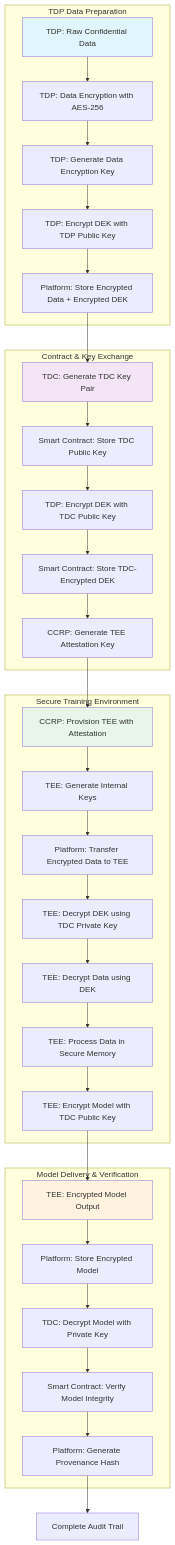
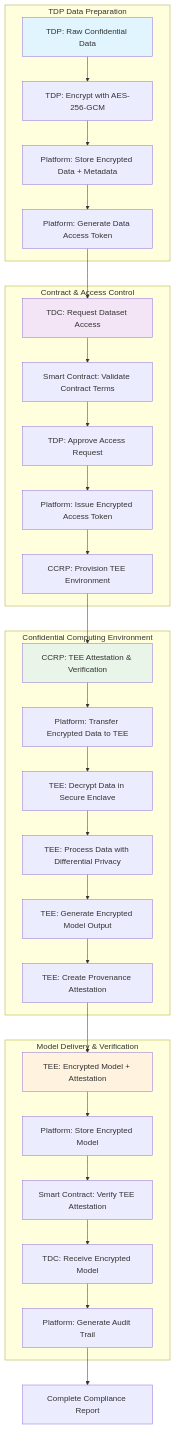
The second of 2 diagrams in PRODUCT_PITCH_DECK.md (gitmujoshi/Confidential-AI-Network), drawn with Mermaid before and after one commit. The commit also changed other lines of this file, not shown here.

Commit message:
Fix encryption workflow to align with industry best practices
- Simplified key management with platform-managed HSM keys
- Replaced complex key exchange with JWT token-based access control
- Updated TEE workflow to use hardware attestation and remote attestation
- Aligned with real-world confidential computing practices (Azure, AWS, GCP)
- Removed impractical dual encryption and manual key management
- Added realistic security guarantees for each user role

````diff
--- a/PRODUCT_PITCH_DECK.md
+++ b/PRODUCT_PITCH_DECK.md
@@ -153,42 +153,40 @@
 ```mermaid
 graph TB
     subgraph "TDP Data Preparation"
-        A1[TDP: Raw Confidential Data] --> A2[TDP: Data Encryption with AES-256]
-        A2 --> A3[TDP: Generate Data Encryption Key]
-        A3 --> A4[TDP: Encrypt DEK with TDP Public Key]
-        A4 --> A5[Platform: Store Encrypted Data + Encrypted DEK]
+        A1[TDP: Raw Confidential Data] --> A2[TDP: Encrypt with AES-256-GCM]
+        A2 --> A3[Platform: Store Encrypted Data + Metadata]
+        A3 --> A4[Platform: Generate Data Access Token]
     end
     
-    subgraph "Contract & Key Exchange"
-        B1[TDC: Generate TDC Key Pair] --> B2[Smart Contract: Store TDC Public Key]
-        B2 --> B3[TDP: Encrypt DEK with TDC Public Key]
-        B3 --> B4[Smart Contract: Store TDC-Encrypted DEK]
-        B4 --> B5[CCRP: Generate TEE Attestation Key]
+    subgraph "Contract & Access Control"
+        B1[TDC: Request Dataset Access] --> B2[Smart Contract: Validate Contract Terms]
+        B2 --> B3[TDP: Approve Access Request]
+        B3 --> B4[Platform: Issue Encrypted Access Token]
+        B4 --> B5[CCRP: Provision TEE Environment]
     end
     
-    subgraph "Secure Training Environment"
-        C1[CCRP: Provision TEE with Attestation] --> C2[TEE: Generate Internal Keys]
-        C2 --> C3[Platform: Transfer Encrypted Data to TEE]
-        C3 --> C4[TEE: Decrypt DEK using TDC Private Key]
-        C4 --> C5[TEE: Decrypt Data using DEK]
-        C5 --> C6[TEE: Process Data in Secure Memory]
-        C6 --> C7[TEE: Encrypt Model with TDC Public Key]
+    subgraph "Confidential Computing Environment"
+        C1[CCRP: TEE Attestation & Verification] --> C2[Platform: Transfer Encrypted Data to TEE]
+        C2 --> C3[TEE: Decrypt Data in Secure Enclave]
+        C3 --> C4[TEE: Process Data with Differential Privacy]
+        C4 --> C5[TEE: Generate Encrypted Model Output]
+        C5 --> C6[TEE: Create Provenance Attestation]
     end
     
     subgraph "Model Delivery & Verification"
-        D1[TEE: Encrypted Model Output] --> D2[Platform: Store Encrypted Model]
-        D2 --> D3[TDC: Decrypt Model with Private Key]
-        D3 --> D4[Smart Contract: Verify Model Integrity]
-        D4 --> D5[Platform: Generate Provenance Hash]
+        D1[TEE: Encrypted Model + Attestation] --> D2[Platform: Store Encrypted Model]
+        D2 --> D3[Smart Contract: Verify TEE Attestation]
+        D3 --> D4[TDC: Receive Encrypted Model]
+        D4 --> D5[Platform: Generate Audit Trail]
     end
     
-    A5 --> B1
+    A4 --> B1
     B5 --> C1
-    C7 --> D1
-    D5 --> E1[Complete Audit Trail]
+    C6 --> D1
+    D5 --> E1[Complete Compliance Report]
     
     style A1 fill:#e1f5fe
     style B1 fill:#f3e5f5
     style C1 fill:#e8f5e8
     style D1 fill:#fff3e0
 ```
````
